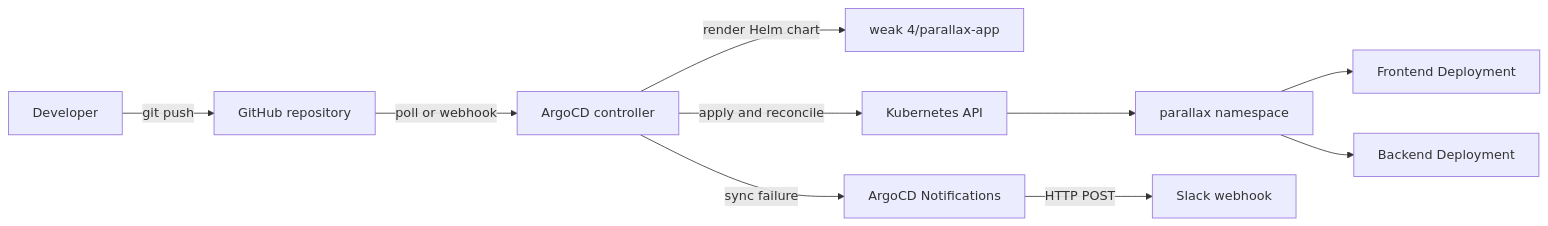
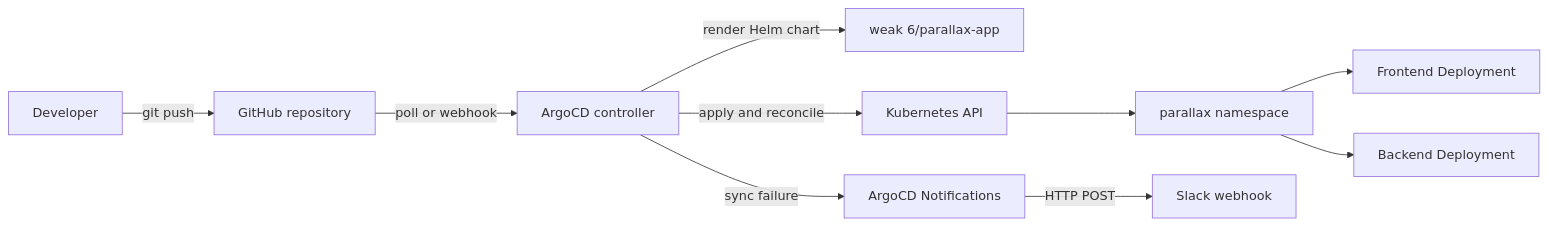
One commit to salehkhattak/devops-internship changed the diagram in weak 8/README.md. Above: the diagram before and after it, drawn with Mermaid. The commit also changed other lines of this file and 20 other files, not shown here.

````diff
--- a/weak 8/README.md
+++ b/weak 8/README.md
@@ -36,12 +36,12 @@
 ```mermaid
 flowchart LR
     Developer[Developer] -->|git push| GitHub[GitHub repository]
     GitHub -->|poll or webhook| ArgoCD[ArgoCD controller]
-    ArgoCD -->|render Helm chart| Repo[weak 4/parallax-app]
+    ArgoCD -->|render Helm chart| Repo[weak 6/parallax-app]
     ArgoCD -->|apply and reconcile| API[Kubernetes API]
     API --> NS[parallax namespace]
     NS --> FE[Frontend Deployment]
     NS --> BE[Backend Deployment]
     ArgoCD -->|sync failure| Notifications[ArgoCD Notifications]
     Notifications -->|HTTP POST| Slack[Slack webhook]
 ```
````
